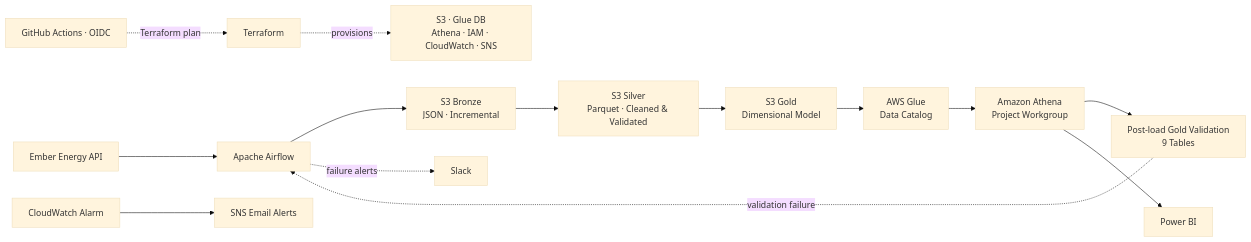
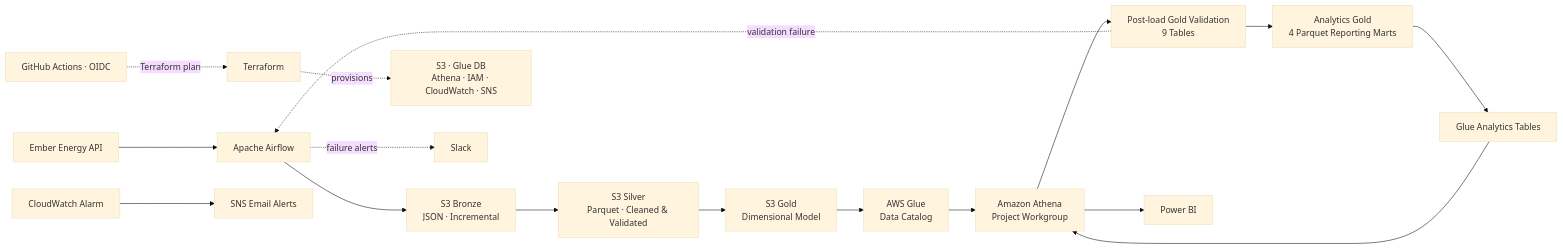
One commit to georgeballa7/EuropeanEnergyDataAnalytics changed the diagram in README.md. Above: the diagram before and after it, drawn with Mermaid (base theme). The commit also changed other lines of this file, not shown here.

Commit message:
Document verified Analytics Gold marts, idempotency and operational limitations

````diff
--- a/README.md
+++ b/README.md
@@ -7,17 +7,20 @@
 ```mermaid
 flowchart LR
     API["Ember Energy API"] --> AF["Apache Airflow"]
     AF --> B["S3 Bronze<br/>JSON · Incremental"]
     B --> S["S3 Silver<br/>Parquet · Cleaned & Validated"]
     S --> G["S3 Gold<br/>Dimensional Model"]
     G --> GC["AWS Glue<br/>Data Catalog"]
     GC --> AT["Amazon Athena<br/>Project Workgroup"]
     AT --> DQ["Post-load Gold Validation<br/>9 Tables"]
     DQ -. validation failure .-> AF
     AT --> BI["Power BI"]
+    DQ --> AM["Analytics Gold<br/>4 Parquet Reporting Marts"]
+    AM --> AGL["Glue Analytics Tables"]
+    AGL --> AT
 
     TF["Terraform"] -. provisions .-> AWS["S3 · Glue DB<br/>Athena · IAM · CloudWatch · SNS"]
     AF -. failure alerts .-> SL["Slack"]
     CW["CloudWatch Alarm"] --> SNS["SNS Email Alerts"]
     GA["GitHub Actions · OIDC"] -. Terraform plan .-> TF
 ```
````
